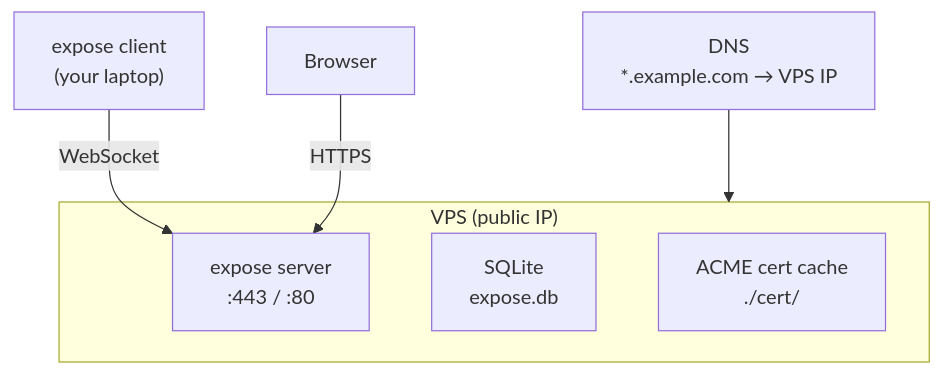
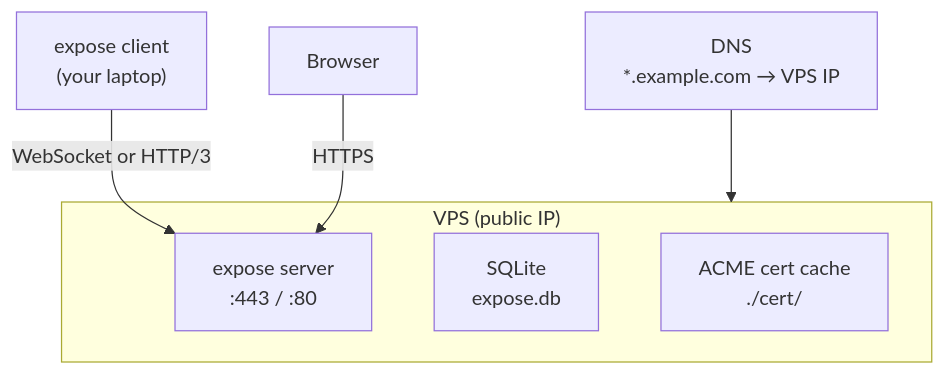
One commit to koltyakov/expose changed the diagram in docs/vps-deployment.md. Above: the diagram before and after it, drawn with Mermaid. The commit also changed other lines of this file and 8 other files, not shown here.

````diff
--- a/docs/vps-deployment.md
+++ b/docs/vps-deployment.md
@@ -7,11 +7,11 @@
 ```mermaid
 flowchart TB
     subgraph VPS ["VPS (public IP)"]
         Expose["expose server<br/>:443 / :80"]
         DB["SQLite<br/>expose.db"]
         Certs["ACME cert cache<br/>./cert/"]
     end
     DNS["DNS<br/>*.example.com → VPS IP"] --> VPS
-    Client["expose client<br/>(your laptop)"] -- "WebSocket" --> Expose
+    Client["expose client<br/>(your laptop)"] -- "WebSocket or HTTP/3" --> Expose
     Browser["Browser"] -- "HTTPS" --> Expose
 ```
````
